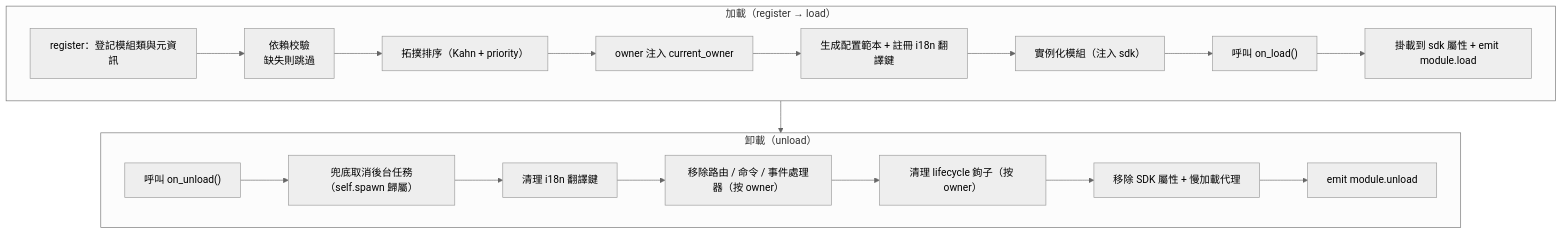
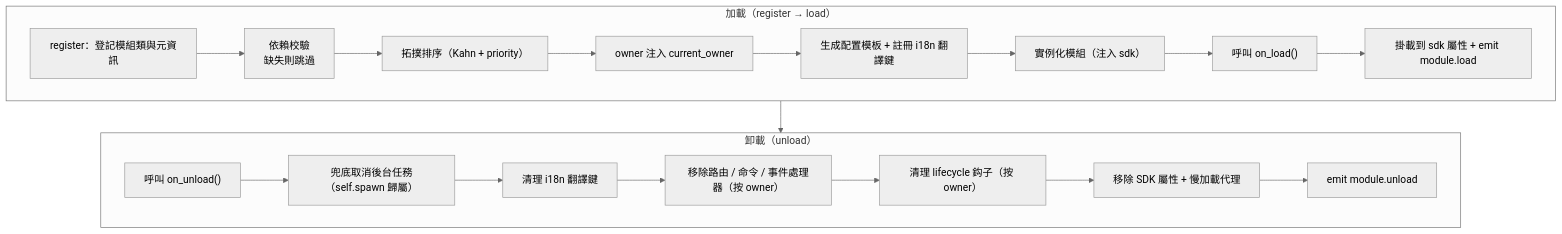
The diagram in docs/zh-TW/developer-guide/modules/core-concepts.md (ErisPulse/ErisPulse), drawn with Mermaid (neutral theme) before and after one commit. The commit also changed other lines of this file and 91 other files, not shown here.

````diff
--- a/docs/zh-TW/developer-guide/modules/core-concepts.md
+++ b/docs/zh-TW/developer-guide/modules/core-concepts.md
@@ -90,23 +90,23 @@
 ```mermaid
 flowchart TD
     subgraph Load["加載（register → load）"]
         L1["register：登記模組類與元資訊"] --> L2["依賴校驗<br/>缺失則跳過"]
         L2 --> L3["拓撲排序（Kahn + priority）"]
         L3 --> L4["owner 注入 current_owner"]
-        L4 --> L5["生成配置範本 + 註冊 i18n 翻譯鍵"]
+        L4 --> L5["生成配置模板 + 註冊 i18n 翻譯鍵"]
         L5 --> L6["實例化模組（注入 sdk）"]
         L6 --> L7["呼叫 on_load()"]
         L7 --> L8["掛載到 sdk 屬性 + emit module.load"]
     end
 
     subgraph Unload["卸載（unload）"]
         U1["呼叫 on_unload()"] --> U2["兜底取消後台任務（self.spawn 歸屬）"]
         U2 --> U3["清理 i18n 翻譯鍵"]
         U3 --> U4["移除路由 / 命令 / 事件處理器（按 owner）"]
-        U4 --> U5["清理 lifecycle 鉤子（按 owner）"]
+        U4 --> U5["清理 lifecycle 鈎子（按 owner）"]
         U5 --> U6["移除 SDK 屬性 + 慢加載代理"]
         U6 --> U7["emit module.unload"]
     end
 
     Load --> Unload
 ```
````
